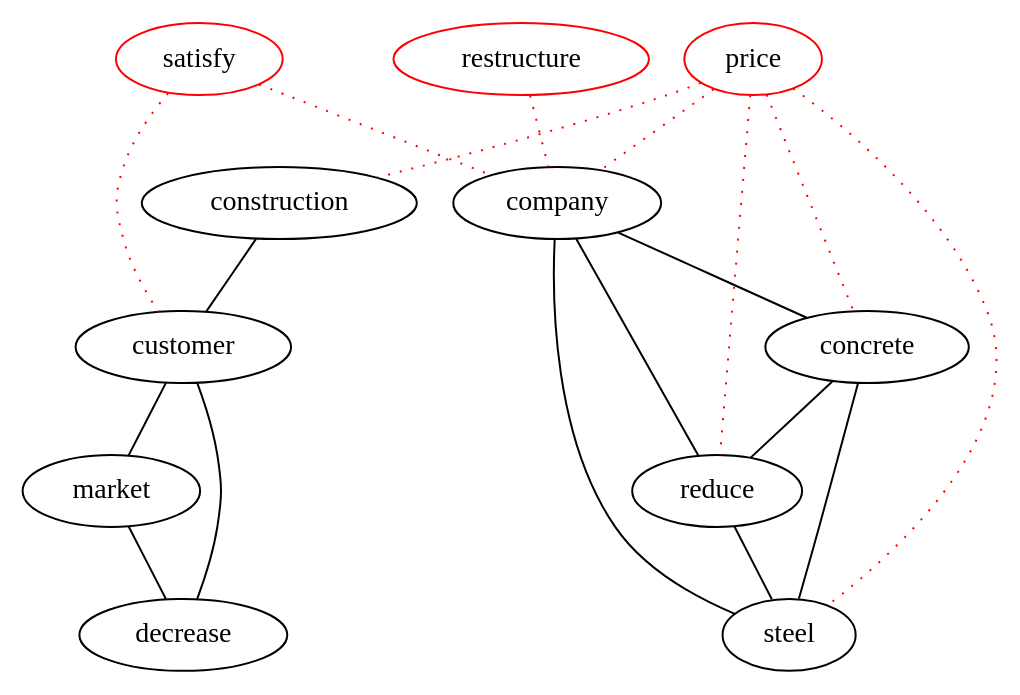
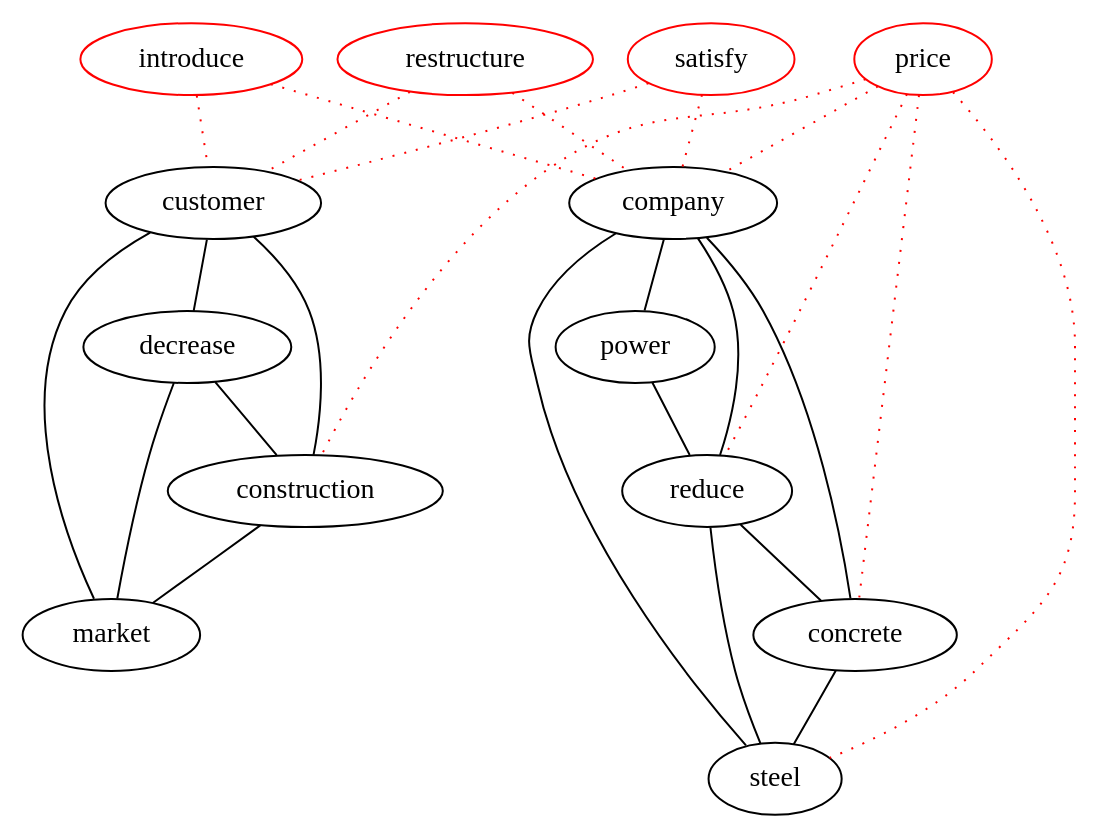
One commit to michaelweiss/keygraph changed the diagram in dot/d2.dot. Above: the diagram before and after it, drawn with Graphviz. The commit also changed 4 other files, not shown here.

```diff
--- a/dot/d2.dot
+++ b/dot/d2.dot
@@ -1,32 +1,41 @@
 graph keygraph {
 graph [size="10,10", overlap="scale"]
-customer [color="black"]
+construction [color="black"]
 steel [color="black"]
 concrete [color="black"]
+customer [color="black"]
+market [color="black"]
+power [color="black"]
 reduce [color="black"]
-market [color="black"]
-construction [color="black"]
 company [color="black"]
 decrease [color="black"]
+introduce [color="red"]
+restructure [color="red"]
+satisfy [color="red"]
 price [color="red"]
-satisfy [color="red"]
-restructure [color="red"]
-construction--customer
-customer--market
-customer--decrease
-market--decrease
+company--power
 company--concrete
 company--steel
 company--reduce
-concrete--reduce
+power--reduce
+reduce--concrete
+reduce--steel
 concrete--steel
-reduce--steel
+customer--construction
+customer--market
+customer--decrease
+decrease--construction
+decrease--market
+construction--market
+introduce--customer [color="red", style="dotted"]
+introduce--company [color="red", style="dotted"]
+restructure--customer [color="red", style="dotted"]
 restructure--company [color="red", style="dotted"]
 satisfy--customer [color="red", style="dotted"]
 satisfy--company [color="red", style="dotted"]
+price--construction [color="red", style="dotted"]
 price--steel [color="red", style="dotted"]
 price--concrete [color="red", style="dotted"]
 price--reduce [color="red", style="dotted"]
-price--construction [color="red", style="dotted"]
 price--company [color="red", style="dotted"]
 }
```
